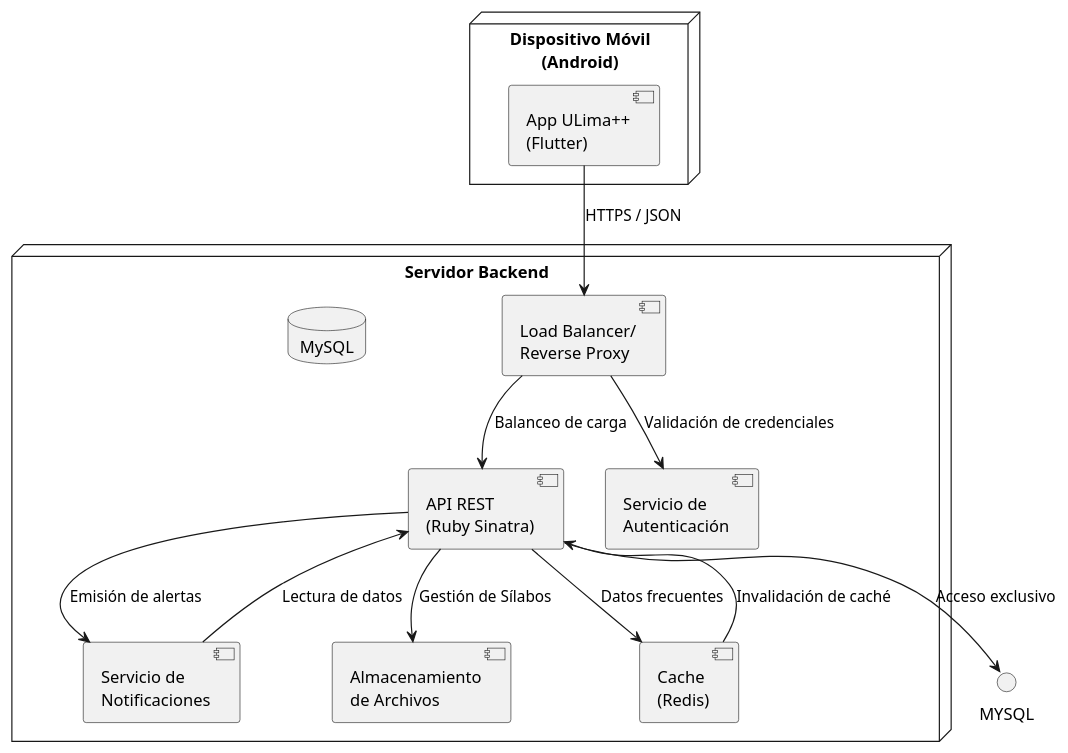
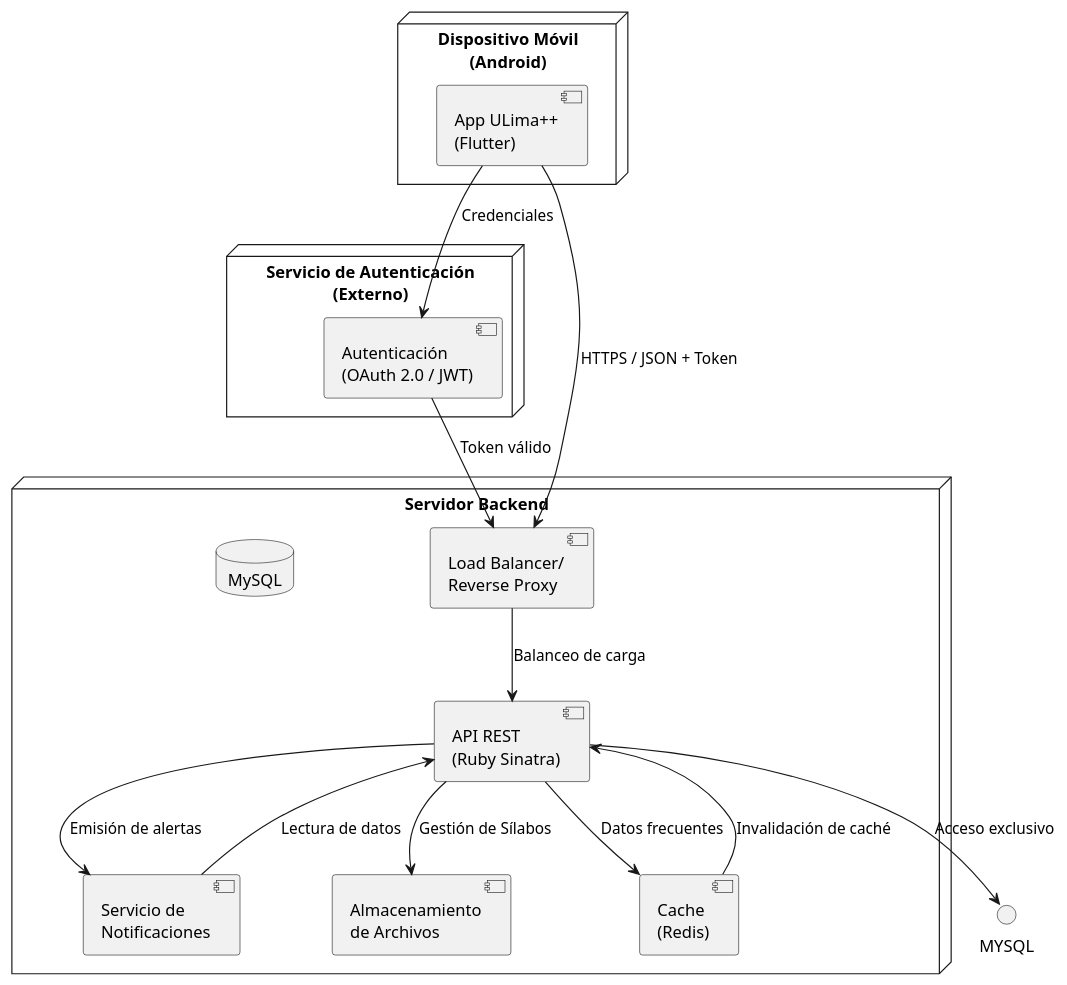
Before and after one commit to aUreLi0-dev/ULima-Progra-Movil: the diagram in assets/arquitectura/diagrama_despliegue.puml, drawn with PlantUML. The commit also changed 2 other files, not shown here.

Commit message:
Corregir: Servicio de Autenticación como externo para mejor disponibilidad y escalabilidad

```diff
--- a/assets/arquitectura/diagrama_despliegue.puml
+++ b/assets/arquitectura/diagrama_despliegue.puml
@@ -1,30 +1,34 @@
 @startuml
 top to bottom direction
 skinparam nodeStyle rectangle
 
 node "Dispositivo Móvil\n(Android)" {
   component "App ULima++\n(Flutter)"
 }
 
+node "Servicio de Autenticación\n(Externo)" {
+  component "Autenticación\n(OAuth 2.0 / JWT)"
+}
+
 node "Servidor Backend" {
   component "Load Balancer/\nReverse Proxy" as LB
   component "API REST\n(Ruby Sinatra)" as API
-  component "Servicio de\nAutenticación" as AUTH
   component "Servicio de\nNotificaciones" as NOTIF
   component "Cache\n(Redis)" as CACHE
   database "MySQL"
   component "Almacenamiento\nde Archivos" as STORAGE
 }
 
 ' Relaciones
-"App ULima++\n(Flutter)" --> LB : HTTPS / JSON
+"App ULima++\n(Flutter)" --> "Autenticación\n(OAuth 2.0 / JWT)" : Credenciales
+"Autenticación\n(OAuth 2.0 / JWT)" --> LB : Token válido
+"App ULima++\n(Flutter)" --> LB : HTTPS / JSON + Token
 LB --> API : Balanceo de carga
-LB --> AUTH : Validación de credenciales
 API --> CACHE : Datos frecuentes
 API --> MYSQL : Acceso exclusivo
 API --> STORAGE : Gestión de Sílabos
 API --> NOTIF : Emisión de alertas
 NOTIF --> API : Lectura de datos
 CACHE --> API : Invalidación de caché
 
 @enduml
```
